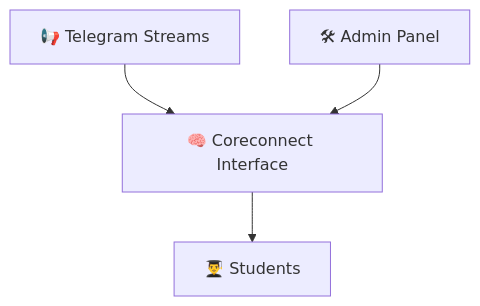
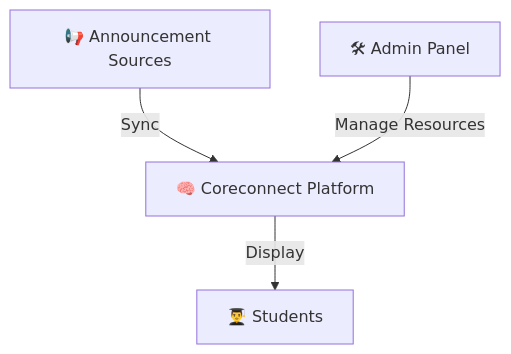
The diagram in README.md (avadaKedavaaraa/coreconnect), drawn with Mermaid before and after one commit. The commit also changed other lines of this file, not shown here.

````diff
--- a/README.md
+++ b/README.md
@@ -129,6 +129,6 @@
 ```mermaid
 graph TD;
-    Sources[📢 Telegram Streams] --> Coreconnect[🧠 Coreconnect Interface];
-    Coreconnect --> Students[👨‍🎓 Students];
-    Admins[🛠 Admin Panel] --> Coreconnect;
+    Telegram[📢 Announcement Sources] -->|Sync| Coreconnect[🧠 Coreconnect Platform];
+    Coreconnect -->|Display| Students[👨‍🎓 Students];
+    Admins[🛠 Admin Panel] -->|Manage Resources| Coreconnect;
 ```
````
